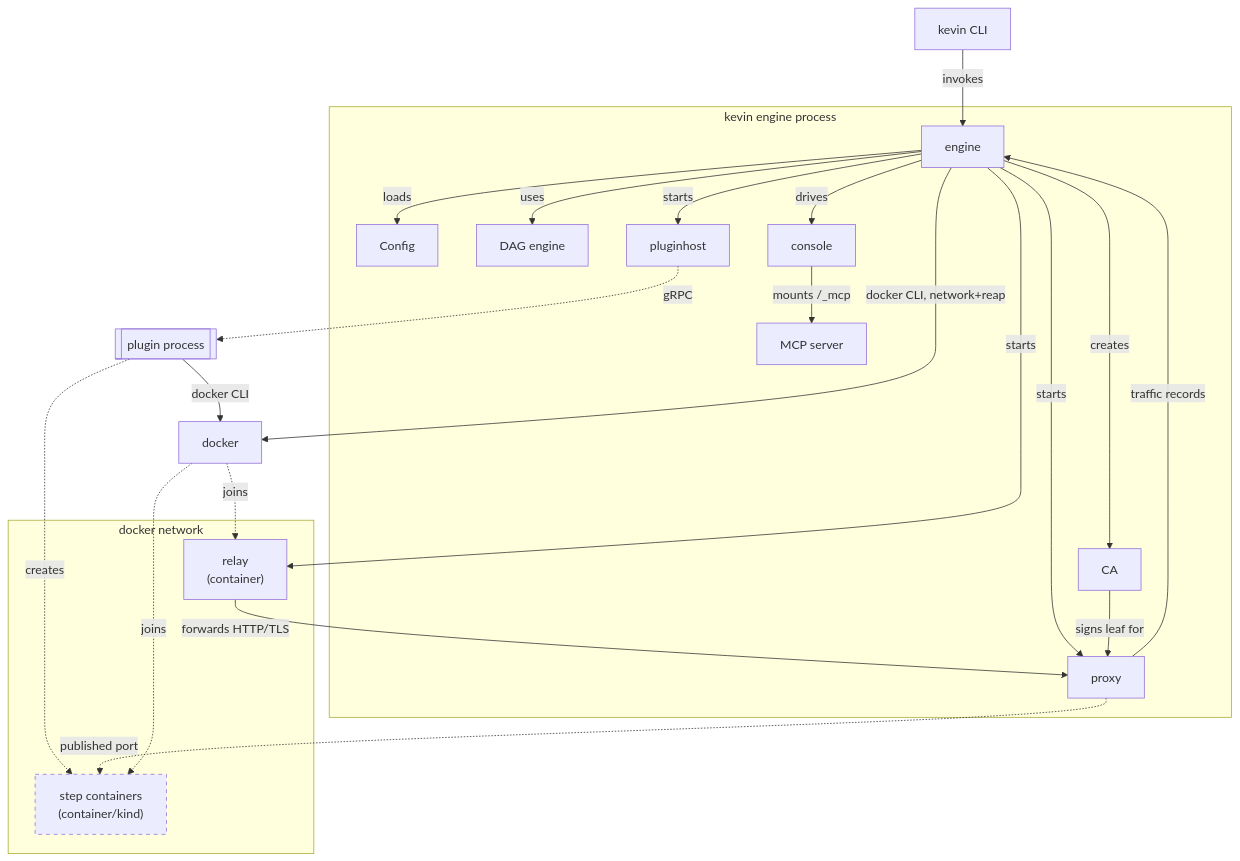
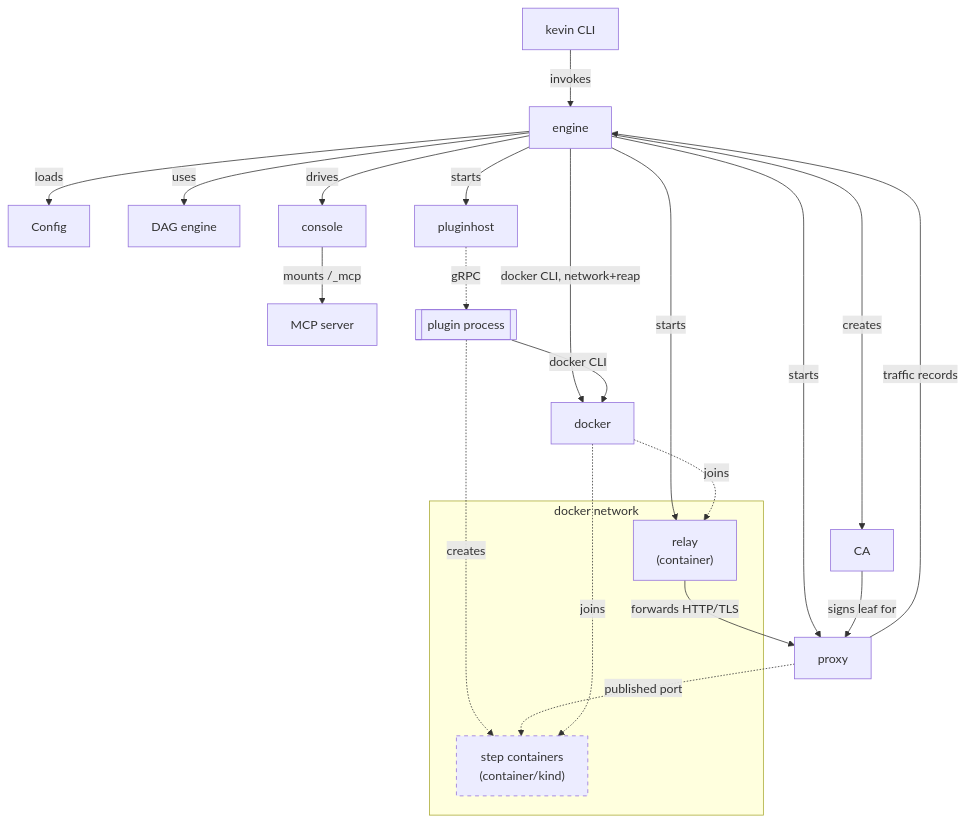
Before and after one commit to justenwalker/kevin: the diagram in docs/site/content/docs/concepts/architecture.md, drawn with Mermaid. The commit also changed other lines of this file and 33 other files, not shown here.

````diff
--- a/docs/site/content/docs/concepts/architecture.md
+++ b/docs/site/content/docs/concepts/architecture.md
@@ -13,34 +13,32 @@
 ```mermaid
 graph TD
     CLI["kevin CLI"] -->|invokes| ENG[engine]
 
-    subgraph ENGPROC["kevin engine process"]
-        ENG -->|loads| CFG["Config"]
-        ENG -->|uses| DAG["DAG engine"]
-        ENG -->|creates| CA["CA"]
-        ENG -->|starts| HOST[pluginhost]
-        ENG -->|starts| PROXY[proxy]
-        ENG -->|drives| CON[console]
-        CON -->|mounts /_mcp| MCPN[MCP server]
-        CA -->|signs leaf for| PROXY
-    end
+    ENG -->|loads| CFG["Config"]
+    ENG -->|uses| DAG["DAG engine"]
+    ENG -->|creates| CA["CA"]
+    ENG -->|starts| HOST[pluginhost]
+    ENG -->|starts| PROXY[proxy]
+    ENG -->|drives| CON[console]
+    CON -->|mounts /_mcp| MCPN[MCP server]
+    CA -->|signs leaf for| PROXY
 
     subgraph DOCKERNET["docker network"]
         RELAY["relay<br/>(container)"]
         STEPC["step containers<br/>(container/kind)"]
     end
 
     ENG -->|starts| RELAY
     ENG -->|docker CLI, network+reap| D[docker]
     HOST -.gRPC.-> PLUG[["plugin process"]]
     PLUG -->|docker CLI| D
     PLUG -.->|creates| STEPC
     PROXY -.->|published port| STEPC
     RELAY -->|forwards HTTP/TLS| PROXY
     D -.joins.-> RELAY
     D -.joins.-> STEPC
     PROXY -->|traffic records| ENG
 
     classDef dashedNode stroke-dasharray: 5 5
     class STEPC dashedNode
 ```
````
